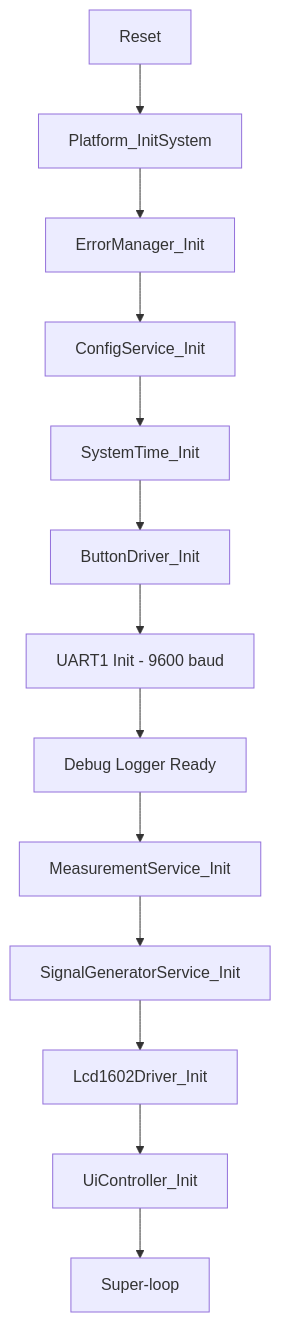
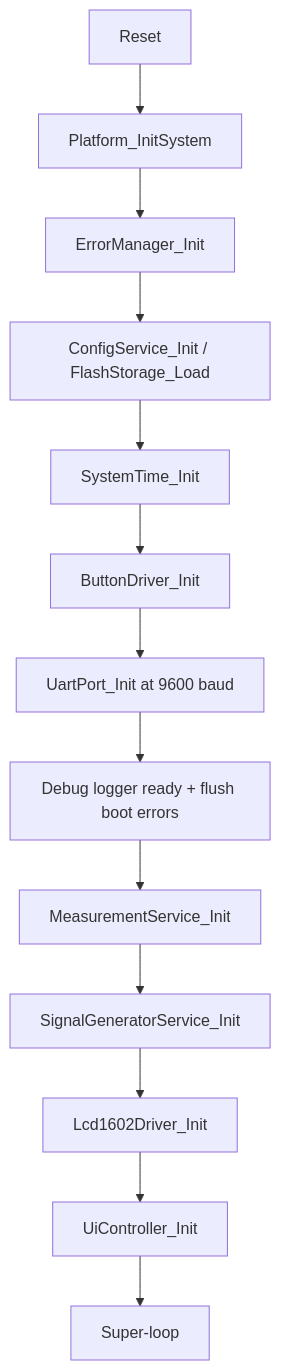
The third of 13 diagrams in README.md (haikevins/Multimeter_Project), drawn with Mermaid before and after one commit. The commit also changed other lines of this file, not shown here.

````diff
--- a/README.md
+++ b/README.md
@@ -282,15 +331,15 @@
 ```mermaid
 flowchart TD
-    RESET[Reset] --> PLATFORM[Platform_InitSystem]
-    PLATFORM --> ERR[ErrorManager_Init]
-    ERR --> CONFIG[ConfigService_Init]
-    CONFIG --> TIME[SystemTime_Init]
-    TIME --> BUTTON[ButtonDriver_Init]
-    BUTTON --> UART[UART1 Init - 9600 baud]
-    UART --> LOG[Debug Logger Ready]
-    LOG --> MEAS[MeasurementService_Init]
-    MEAS --> GEN[SignalGeneratorService_Init]
-    GEN --> LCD[Lcd1602Driver_Init]
-    LCD --> UI[UiController_Init]
-    UI --> LOOP[Super-loop]
+    RESET["Reset"] --> PLATFORM["Platform_InitSystem"]
+    PLATFORM --> ERROR["ErrorManager_Init"]
+    ERROR --> CONFIG["ConfigService_Init / FlashStorage_Load"]
+    CONFIG --> TIME["SystemTime_Init"]
+    TIME --> BUTTON["ButtonDriver_Init"]
+    BUTTON --> UART["UartPort_Init at 9600 baud"]
+    UART --> LOGGER["Debug logger ready + flush boot errors"]
+    LOGGER --> MEASURE["MeasurementService_Init"]
+    MEASURE --> SIGNAL["SignalGeneratorService_Init"]
+    SIGNAL --> LCD["Lcd1602Driver_Init"]
+    LCD --> UI["UiController_Init"]
+    UI --> LOOP["Super-loop"]
 ```
````
